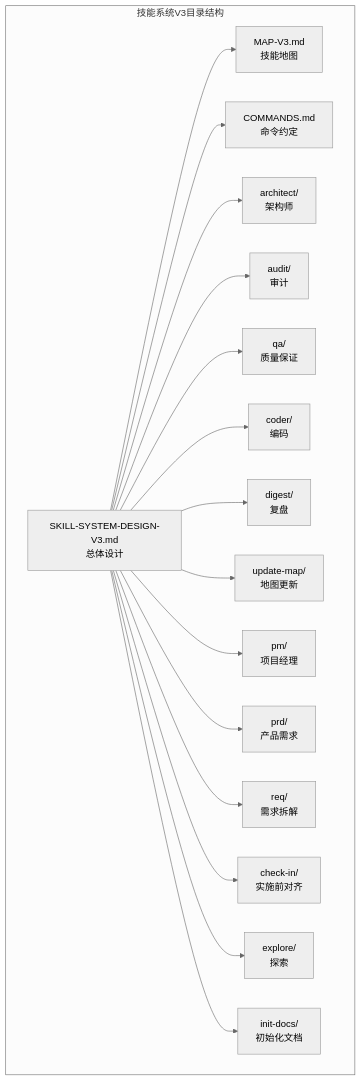
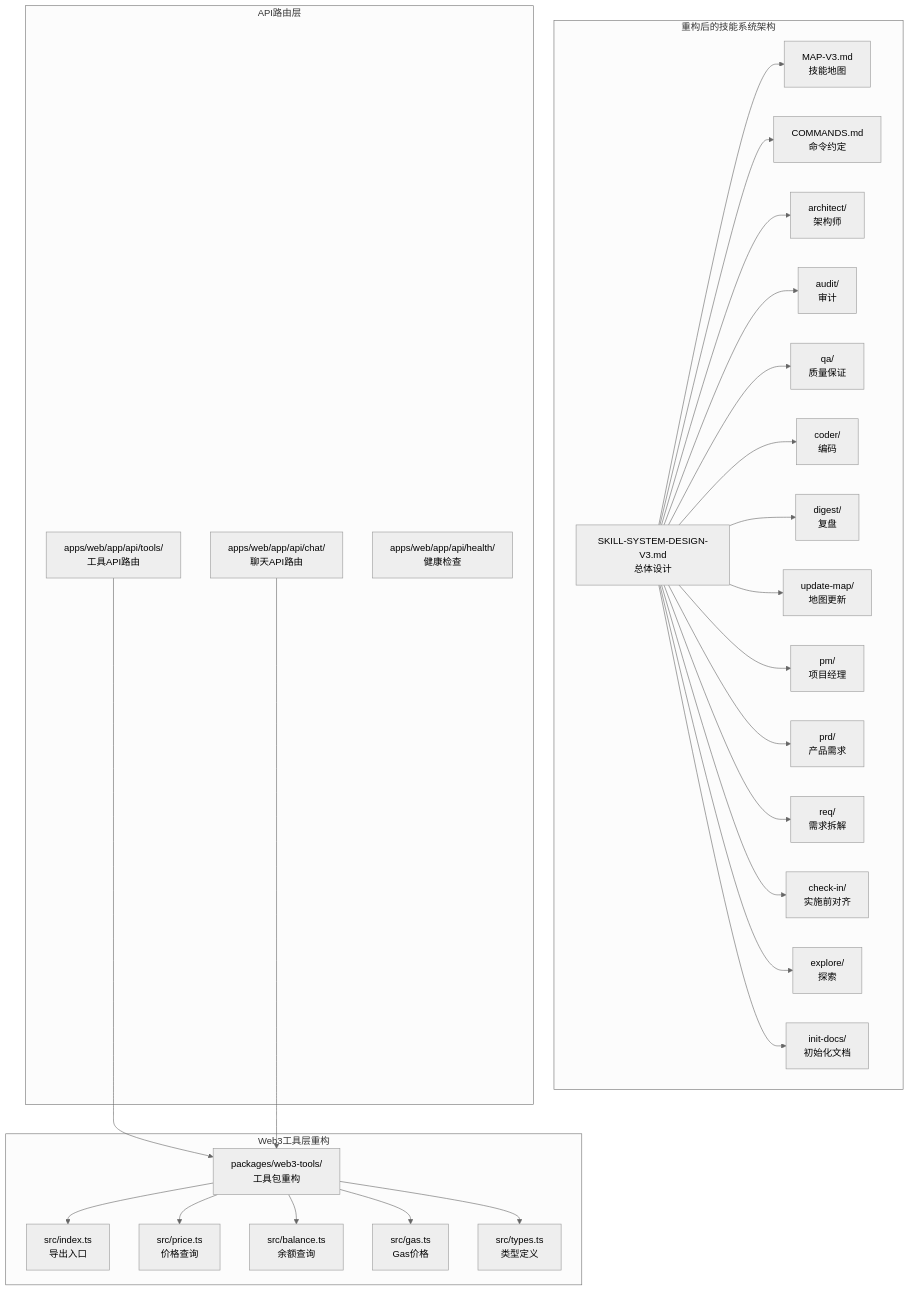
Before and after one commit to CryptoLinxu/Web3-AI-Agent: the first of 4 diagrams in .qoder/repowiki/zh/content/技能系统架构/技能系统架构.md, drawn with Mermaid (neutral theme). The commit also changed other lines of this file and 6 other files, not shown here.

````diff
--- a/.qoder/repowiki/zh/content/技能系统架构/技能系统架构.md
+++ b/.qoder/repowiki/zh/content/技能系统架构/技能系统架构.md
@@ -48,34 +61,54 @@
 ```mermaid
 graph TB
-subgraph "技能系统V3目录结构"
+subgraph "重构后的技能系统架构"
 A["SKILL-SYSTEM-DESIGN-V3.md<br/>总体设计"]
 B["MAP-V3.md<br/>技能地图"]
 C["COMMANDS.md<br/>命令约定"]
 D["architect/<br/>架构师"]
 E["audit/<br/>审计"]
 F["qa/<br/>质量保证"]
 G["coder/<br/>编码"]
 H["digest/<br/>复盘"]
 I["update-map/<br/>地图更新"]
 J["pm/<br/>项目经理"]
 K["prd/<br/>产品需求"]
 L["req/<br/>需求拆解"]
 M["check-in/<br/>实施前对齐"]
 N["explore/<br/>探索"]
 O["init-docs/<br/>初始化文档"]
 end
+subgraph "Web3工具层重构"
+W1["packages/web3-tools/<br/>工具包重构"]
+W2["src/index.ts<br/>导出入口"]
+W3["src/price.ts<br/>价格查询"]
+W4["src/balance.ts<br/>余额查询"]
+W5["src/gas.ts<br/>Gas价格"]
+W6["src/types.ts<br/>类型定义"]
+end
+subgraph "API路由层"
+A1["apps/web/app/api/tools/<br/>工具API路由"]
+A2["apps/web/app/api/chat/<br/>聊天API路由"]
+A3["apps/web/app/api/health/<br/>健康检查"]
+end
 A --> B
 A --> C
 A --> D
 A --> E
 A --> F
 A --> G
 A --> H
 A --> I
 A --> J
 A --> K
 A --> L
 A --> M
 A --> N
 A --> O
+W1 --> W2
+W1 --> W3
+W1 --> W4
+W1 --> W5
+W1 --> W6
+A1 --> W1
+A2 --> W1
 ```
````
